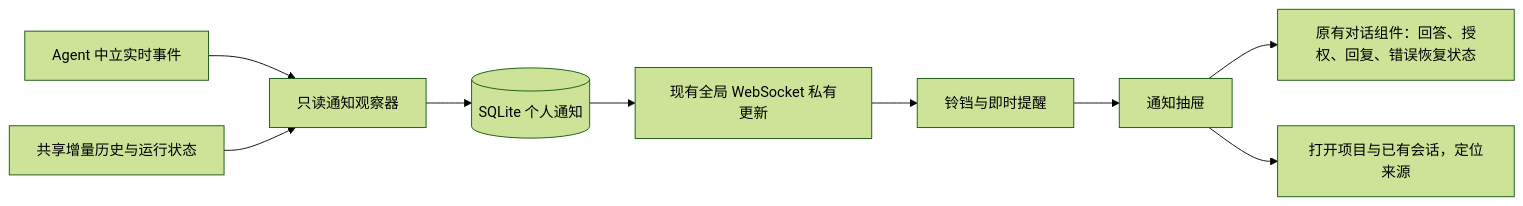
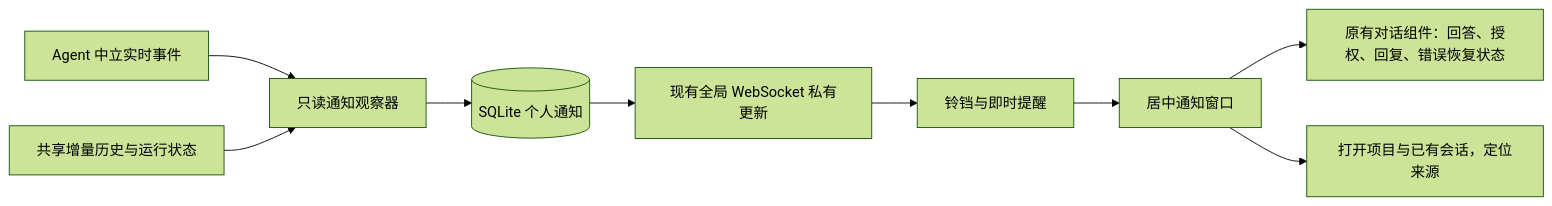
Before and after one commit to Poeagle/agentManager: the diagram in docs/notification-center.md, drawn with Mermaid (forest theme). The commit also changed other lines of this file and 20 other files, not shown here.

````diff
--- a/docs/notification-center.md
+++ b/docs/notification-center.md
@@ -5,11 +5,11 @@
 ```mermaid
 flowchart LR
   A[Agent 中立实时事件] --> C[只读通知观察器]
   B[共享增量历史与运行状态] --> C
   C --> D[(SQLite 个人通知)]
   D --> E[现有全局 WebSocket 私有更新]
   E --> F[铃铛与即时提醒]
-  F --> G[通知抽屉]
+  F --> G[居中通知窗口]
   G --> H[原有对话组件：回答、授权、回复、错误恢复状态]
   G --> I[打开项目与已有会话，定位来源]
 ```
````
